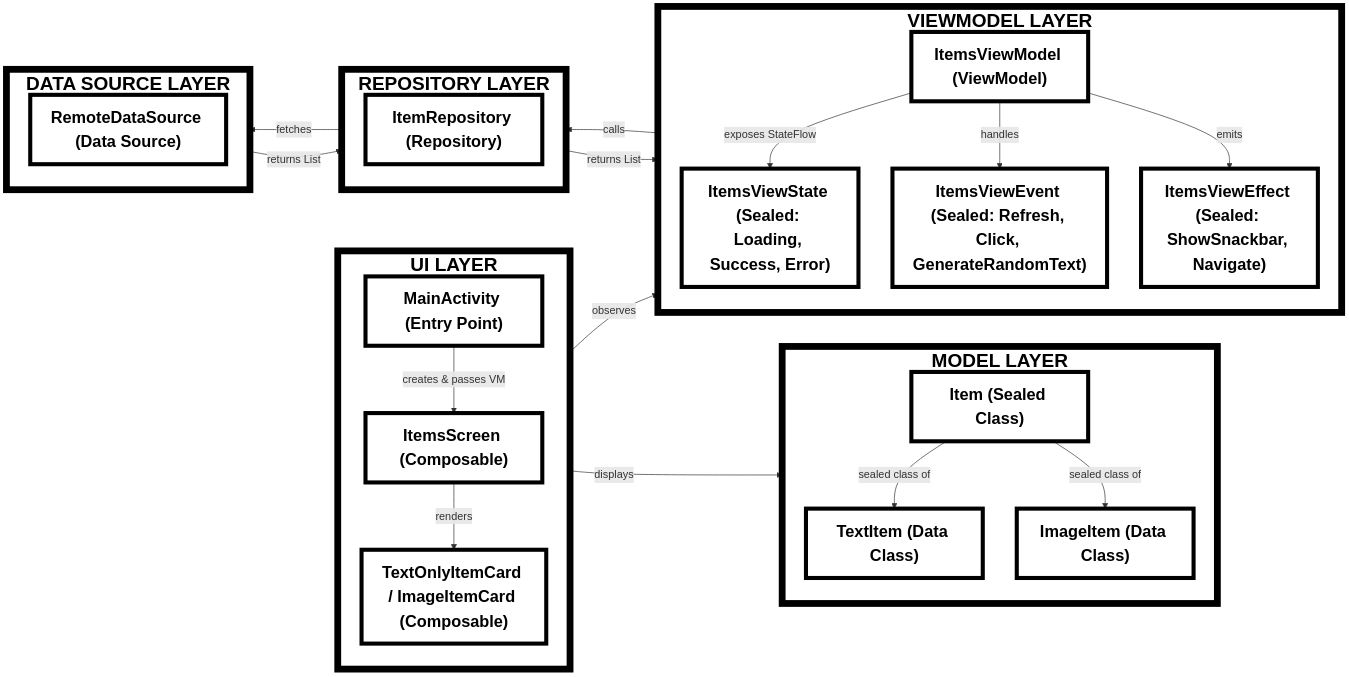
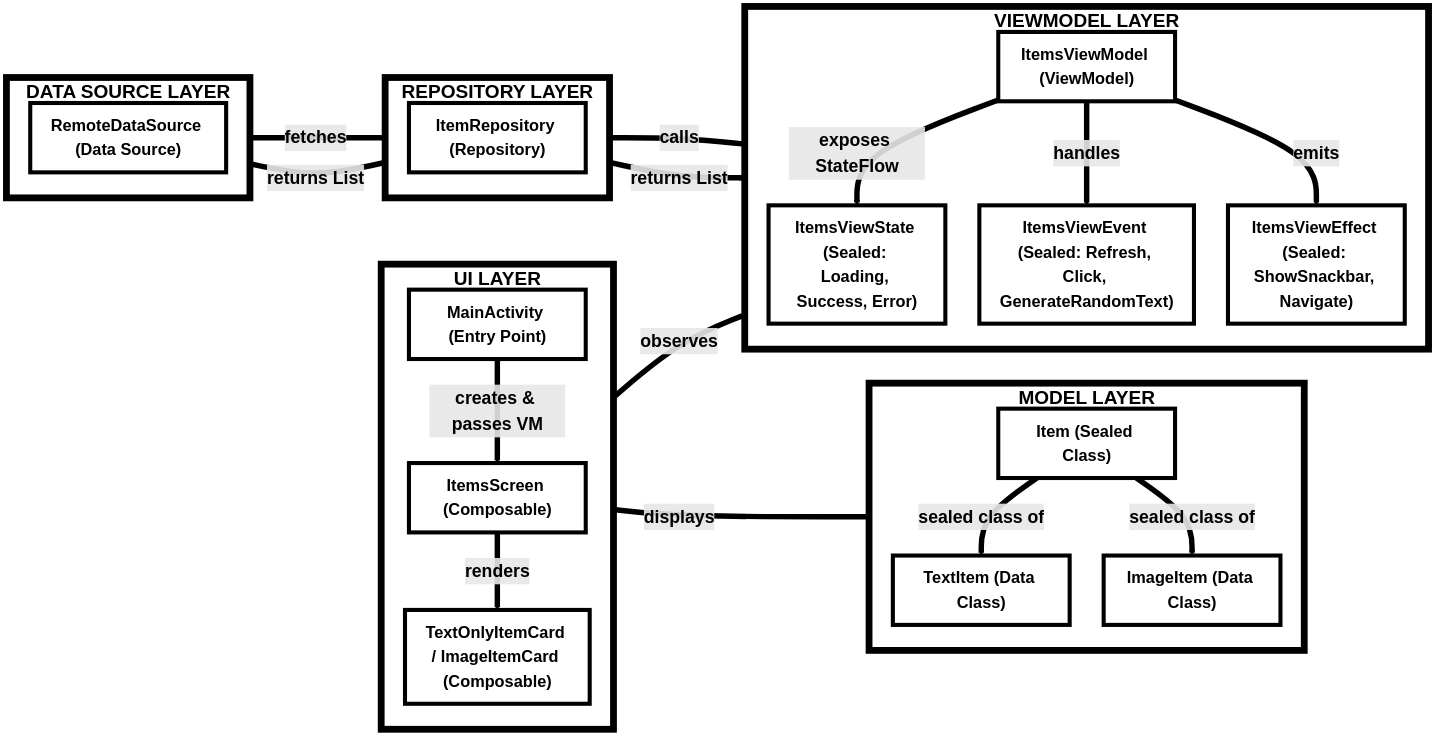
Before and after one commit to free5ty1e/android-coding-reference: the diagram in diagrams/architectural/mvvmWithComposeAndUsf.mmd, drawn with Mermaid.

Commit message:
Updated diagram

```diff
--- a/diagrams/architectural/mvvmWithComposeAndUsf.mmd
+++ b/diagrams/architectural/mvvmWithComposeAndUsf.mmd
@@ -1,59 +1,62 @@
 flowchart LR
     %% UI LAYER
     subgraph UI["UI LAYER"]
         direction TB
         MainActivity["MainActivity (Entry Point)"]
         ItemsScreen["ItemsScreen (Composable)"]
         ItemCard["TextOnlyItemCard / ImageItemCard (Composable)"]
     end
     
     %% VIEWMODEL LAYER  
     subgraph VM["VIEWMODEL LAYER"]
         direction TB
         ItemsViewModel["ItemsViewModel (ViewModel)"]
         ViewState["ItemsViewState (Sealed: Loading, Success, Error)"]
         ViewEvent["ItemsViewEvent (Sealed: Refresh, Click, GenerateRandomText)"]
         ViewEffect["ItemsViewEffect (Sealed: ShowSnackbar, Navigate)"]
     end
     
     %% REPOSITORY LAYER
     subgraph REPO["REPOSITORY LAYER"]
         direction TB
         ItemRepository["ItemRepository (Repository)"]
     end
     
     %% DATA SOURCE LAYER
     subgraph DS["DATA SOURCE LAYER"]
         direction TB
         RemoteDataSource["RemoteDataSource (Data Source)"]
     end
     
     %% MODEL LAYER
     subgraph MODEL["MODEL LAYER"]
         direction TB
         Item["Item (Sealed Class)"]
         TextItem["TextItem (Data Class)"]
         ImageItem["ImageItem (Data Class)"]
     end
     
     %% CONNECTIONS
     MainActivity -->|"creates & passes VM"| ItemsScreen
     ItemsScreen -->|"observes"| ItemsViewModel
     ItemsScreen -->|"renders"| ItemCard
     ItemCard -->|"displays"| Item
     ItemsViewModel -->|"exposes StateFlow"| ViewState
     ItemsViewModel -->|"handles"| ViewEvent  
     ItemsViewModel -->|"emits"| ViewEffect
     ItemsViewModel -->|"calls"| ItemRepository
     ItemRepository -->|"fetches"| RemoteDataSource
     RemoteDataSource -->|"returns List<Item>"| ItemRepository
     ItemRepository -->|"returns List<Item>"| ItemsViewModel
     Item -->|"sealed class of"| TextItem
     Item -->|"sealed class of"| ImageItem
     
     %% STYLING - LARGER TEXT FOR BETTER UTILIZATION
     classDef nodeStyle fill:#ffffff,stroke:#000000,stroke-width:6px,color:#000000,font-size:24px,font-weight:bold
     classDef groupStyle fill:#ffffff,stroke:#000000,stroke-width:10px,color:#000000,font-size:28px,font-weight:bold
     
     class MainActivity,ItemsScreen,ItemCard,ItemsViewModel,ViewState,ViewEvent,ViewEffect,ItemRepository,RemoteDataSource,Item,TextItem,ImageItem nodeStyle
     class UI,VM,REPO,DS,MODEL groupStyle
+    
+    %% THICK ARROW LINES AND LARGE ARROW TEXT
+    linkStyle default stroke:#000000,stroke-width:8px,color:#000000,font-size:26px,font-weight:bold
```
